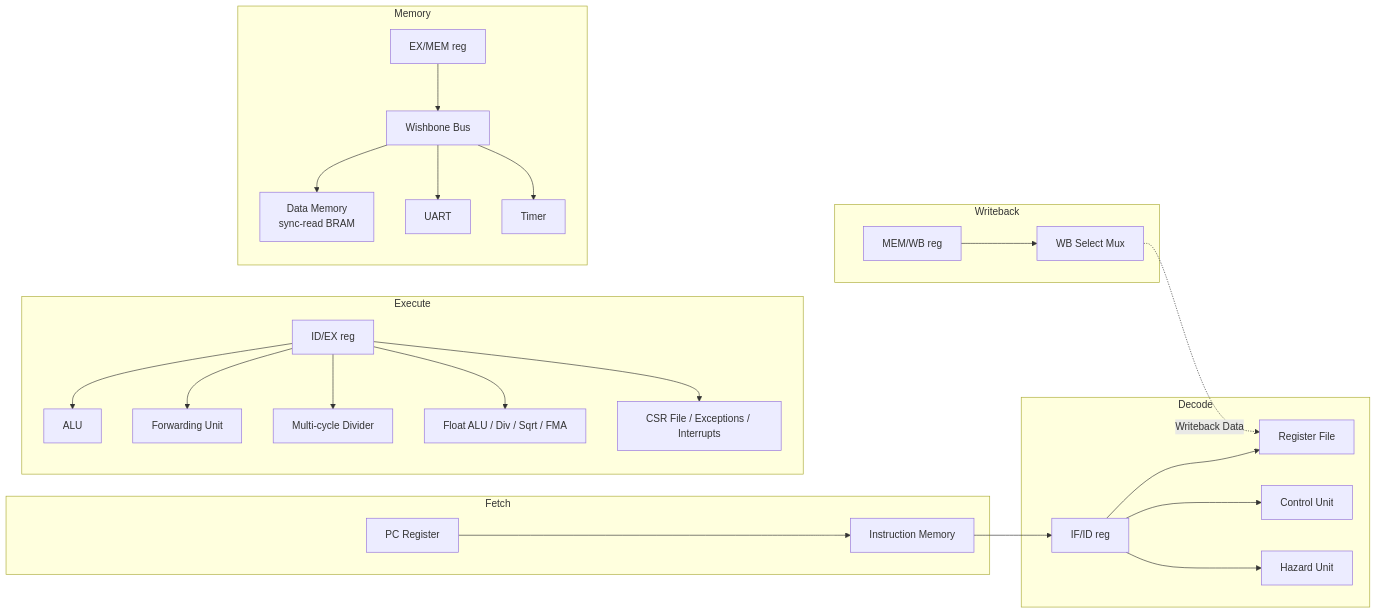
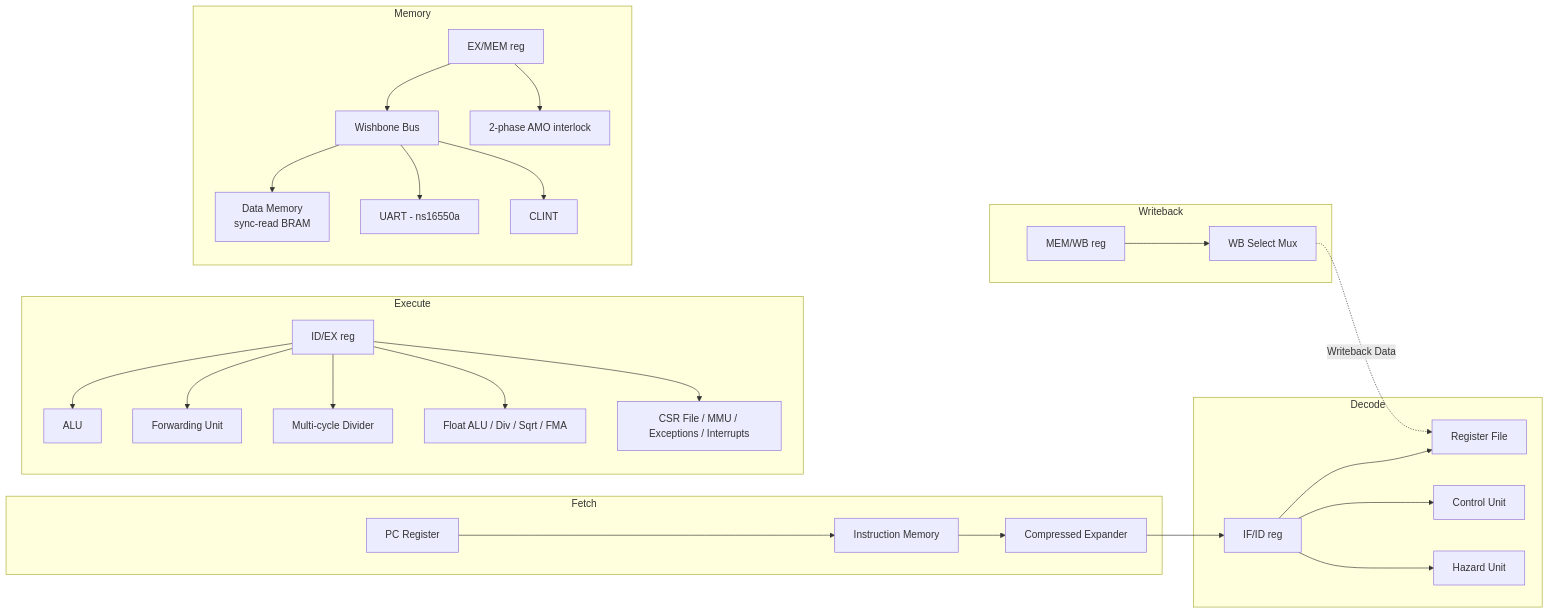
The diagram in README.md (bhouvana/RV32IM-5-Stage-Pipelined-Processor), drawn with Mermaid before and after one commit. The commit also changed other lines of this file and 155 other files, not shown here.

First line of the commit message:
Generation 3 close-out: Phases O-V (Sv39 MMU, mem scale-up, UART/CLINT, SBI firmware, real Linux boot attempt, RVC, A-extension)

````diff
--- a/README.md
+++ b/README.md
@@ -76,29 +127,31 @@
 ```mermaid
 graph LR
     subgraph IF [Fetch]
         PC[PC Register] --> IM[Instruction Memory]
+        IM --> CE[Compressed Expander]
     end
     subgraph ID [Decode]
-        IM --> REG1[IF/ID reg]
+        CE --> REG1[IF/ID reg]
         REG1 --> RF[Register File]
         REG1 --> CTRL[Control Unit]
         REG1 --> HZD[Hazard Unit]
     end
     subgraph EX [Execute]
         REG2[ID/EX reg] --> ALU[ALU]
         REG2 --> FWD[Forwarding Unit]
         REG2 --> DIV[Multi-cycle Divider]
         REG2 --> FPU[Float ALU / Div / Sqrt / FMA]
-        REG2 --> CSR[CSR File / Exceptions / Interrupts]
+        REG2 --> CSR[CSR File / MMU / Exceptions / Interrupts]
     end
     subgraph MEM [Memory]
         REG3[EX/MEM reg] --> BUS[Wishbone Bus]
         BUS --> DM[Data Memory<br/>sync-read BRAM]
-        BUS --> UART[UART]
-        BUS --> TIMER[Timer]
+        BUS --> UART[UART - ns16550a]
+        BUS --> TIMER[CLINT]
+        REG3 --> AMO[2-phase AMO interlock]
     end
     subgraph WB [Writeback]
         REG4[MEM/WB reg] --> WB_MUX[WB Select Mux]
     end
     WB_MUX -.->|Writeback Data| RF
 ```
````
